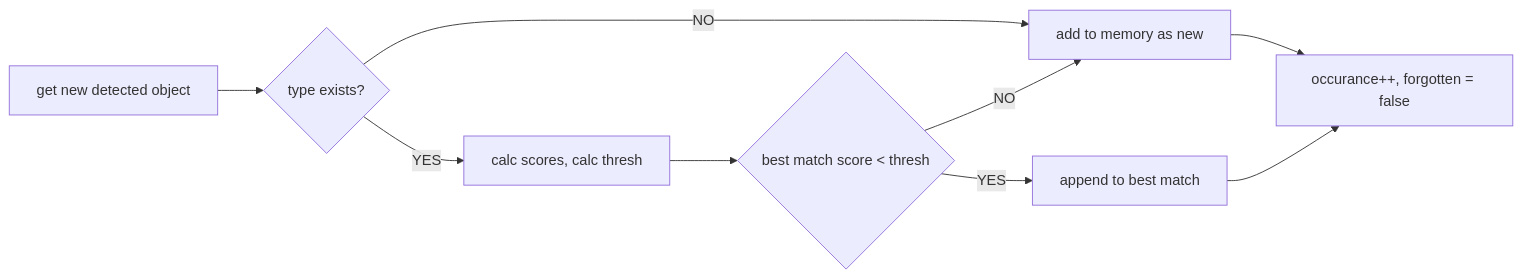
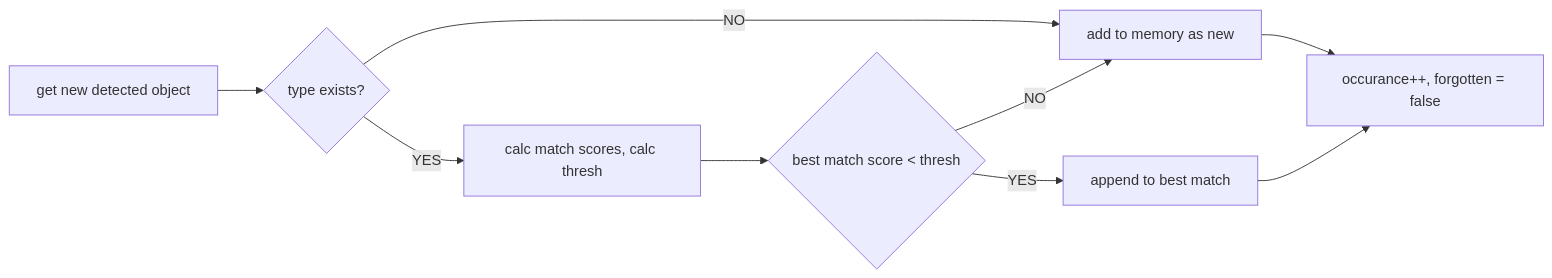
One commit to Extended-Object-Detection-ROS/object_spatial_tools_ros changed the first of 2 diagrams in README.md. Above: the diagram before and after it, drawn with Mermaid. The commit also changed other lines of this file, not shown here.

````diff
--- a/README.md
+++ b/README.md
@@ -9,11 +9,11 @@
 ```mermaid
 graph LR
     A[get new detected object] --> B{type exists?}
     B --> |NO|C[add to memory as new]
     C --> J[occurance++, forgotten = false]
-    B --> |YES|D[calc scores, calc thresh]
+    B --> |YES|D[calc match scores, calc thresh]
     D --> E{best match score < thresh}
     E --> |NO|C
     E --> |YES|I[append to best match]
     I --> J
 ```
````
